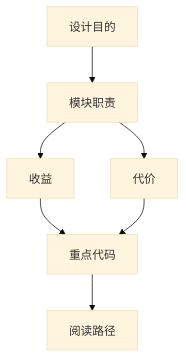
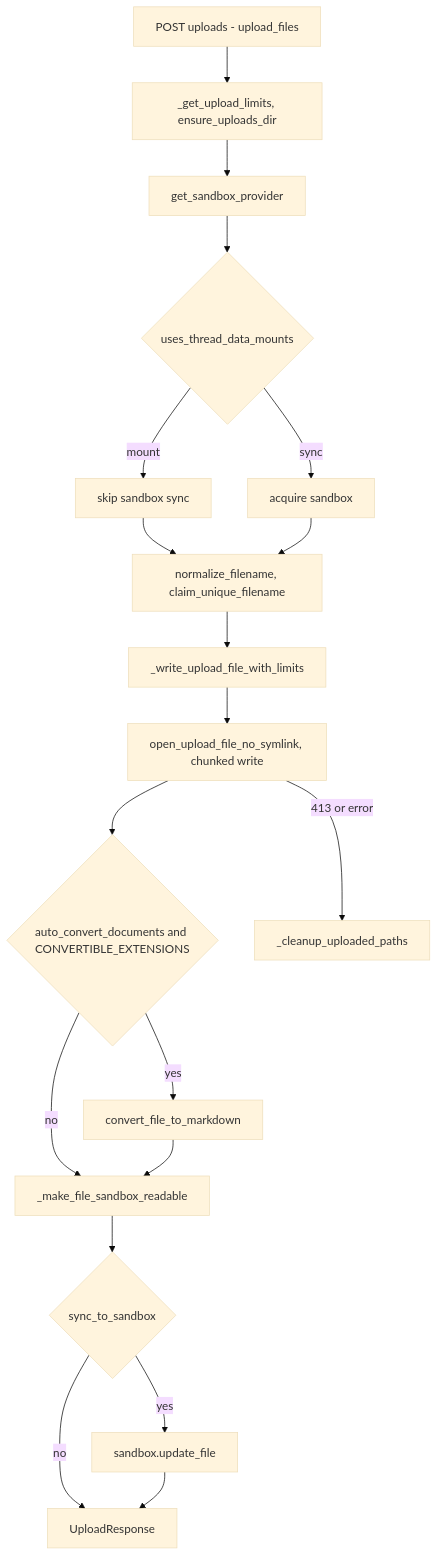
Before and after one commit to ShaofeiZi/deer-flow: the second of 2 diagrams in .agent_context/final_review/docs_md/53｜uploads.py Router 单文件详解.md, drawn with Mermaid (base theme). The commit also changed 3361 other files, not shown here.

````diff
--- a/.agent_context/final_review/docs_md/53｜uploads.py Router 单文件详解.md
+++ b/.agent_context/final_review/docs_md/53｜uploads.py Router 单文件详解.md
@@ -53,9 +53,21 @@
 ```mermaid
 flowchart TD
-  A[设计目的] --> B[模块职责]
-  B --> C[收益]
-  B --> D[代价]
-  C --> E[重点代码]
-  D --> E
-  E --> F[阅读路径]
+  A[POST uploads - upload_files] --> B[_get_upload_limits, ensure_uploads_dir]
+  B --> C[get_sandbox_provider]
+  C --> D{uses_thread_data_mounts}
+  D -->|mount| E[skip sandbox sync]
+  D -->|sync| F[acquire sandbox]
+  E --> G[normalize_filename, claim_unique_filename]
+  F --> G
+  G --> H[_write_upload_file_with_limits]
+  H --> I[open_upload_file_no_symlink, chunked write]
+  I --> J{auto_convert_documents and CONVERTIBLE_EXTENSIONS}
+  J -->|yes| K[convert_file_to_markdown]
+  J -->|no| L[_make_file_sandbox_readable]
+  K --> L
+  L --> M{sync_to_sandbox}
+  M -->|yes| N[sandbox.update_file]
+  M -->|no| O[UploadResponse]
+  N --> O
+  I -->|413 or error| P[_cleanup_uploaded_paths]
 ```
````
